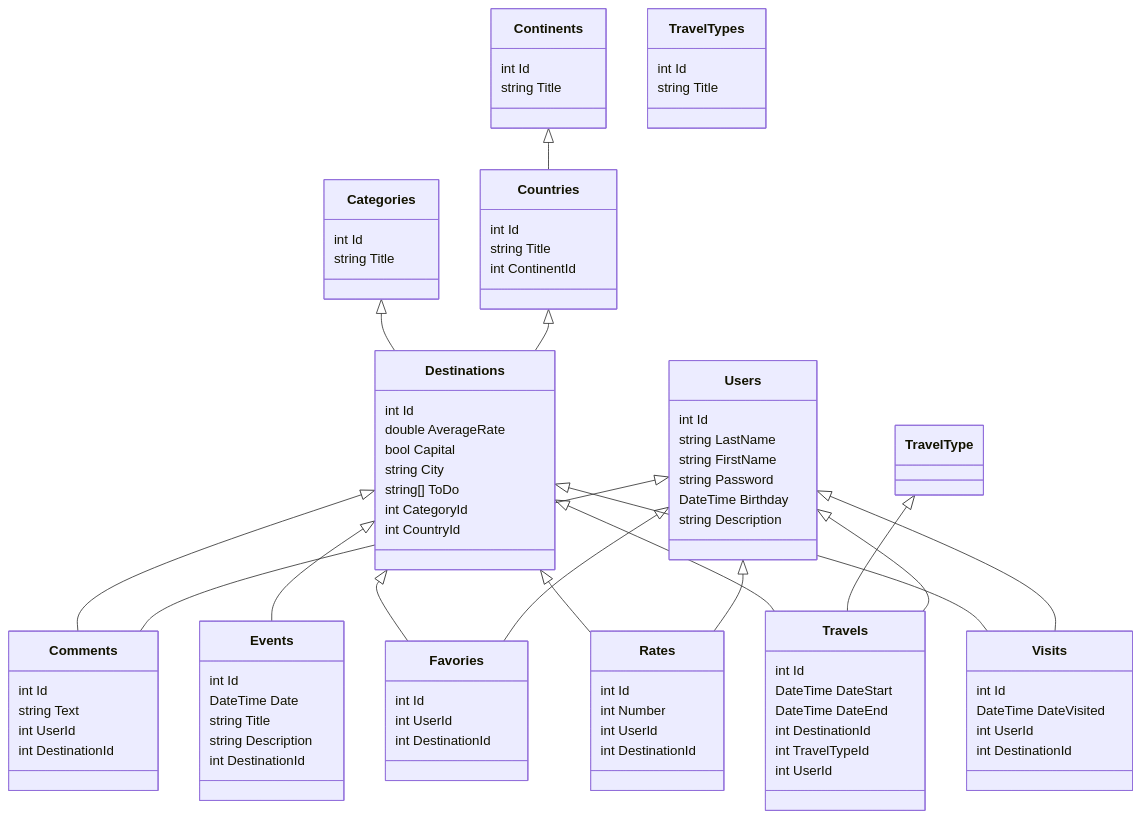
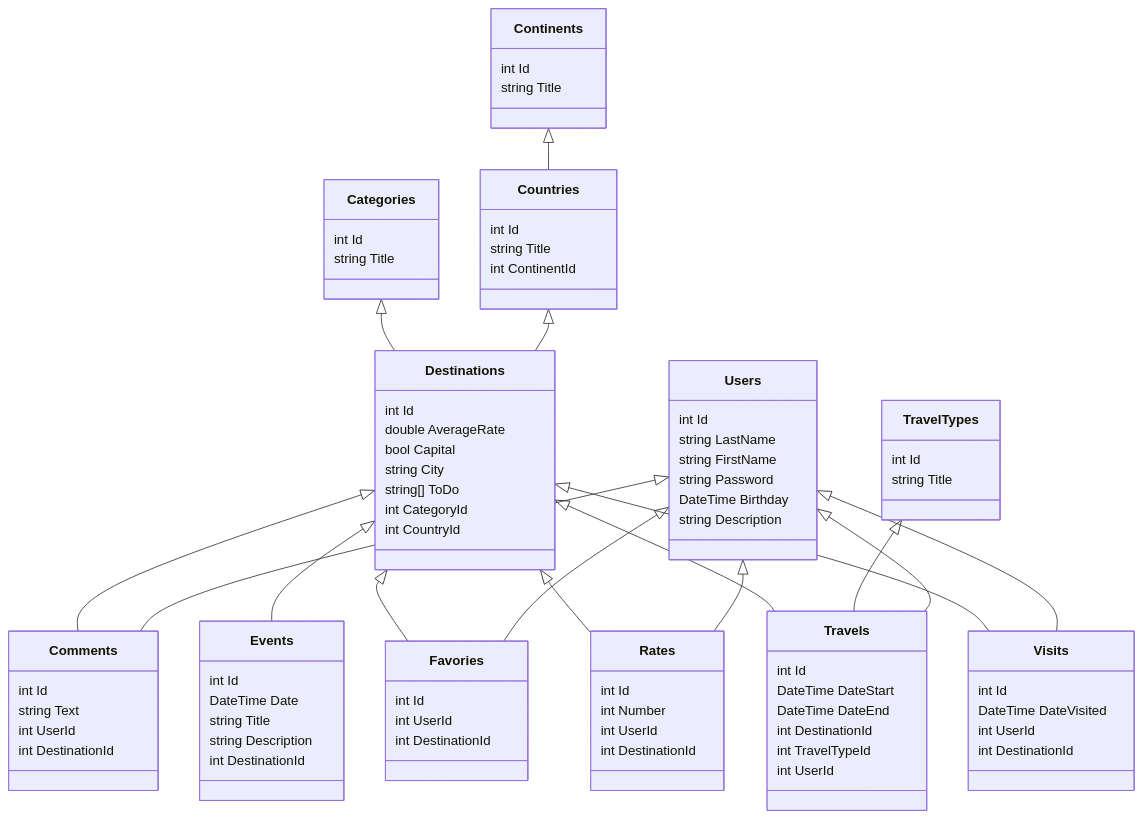
One commit to voluxyy/Travel-Agency changed the diagram in README.md. Above: the diagram before and after it, drawn with Mermaid.

```diff
--- a/README.md
+++ b/README.md
@@ -30,7 +30,7 @@
     Destinations <|-- Travels
     Destinations <|-- Visits
 
-    TravelType <|-- Travels
+    TravelTypes <|-- Travels
 
     Users <|-- Comments
     Users <|-- Favories
```
